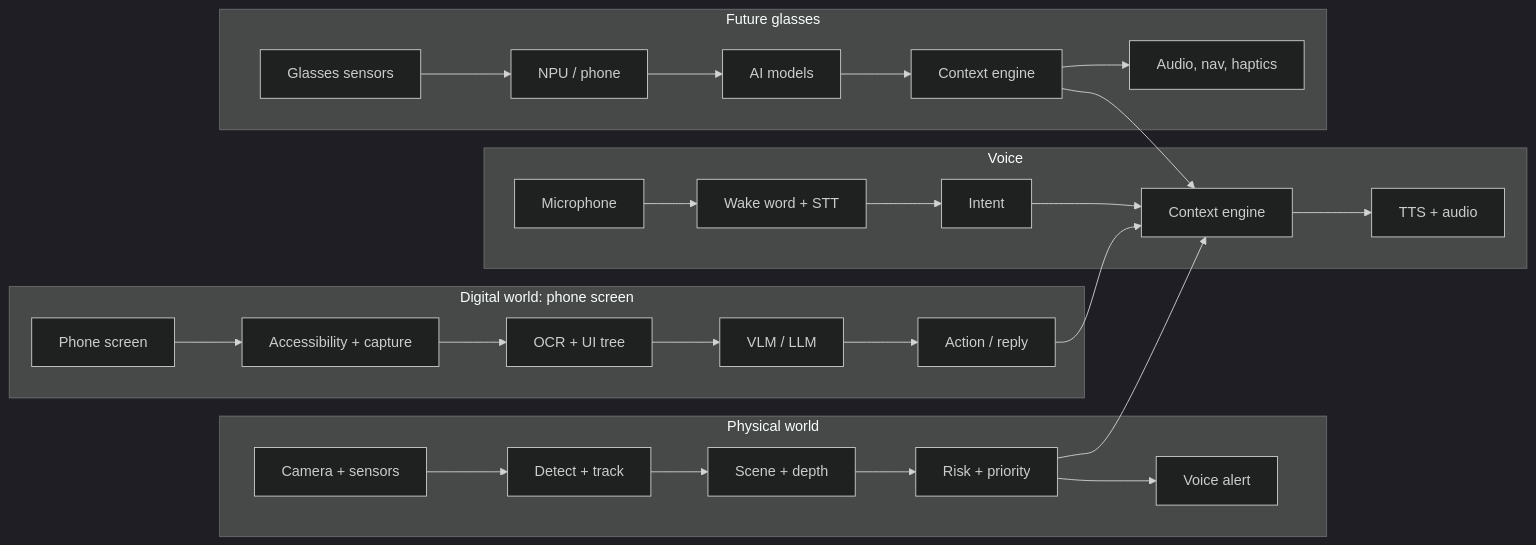
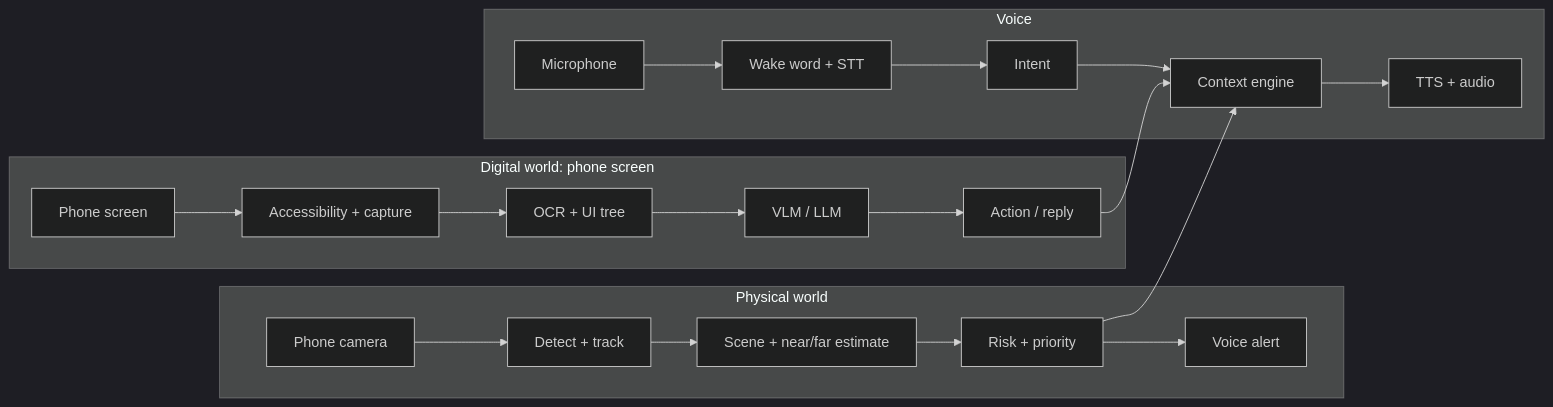
Before and after one commit to b0o0da/AI-Powered-Smart-Glasses: the diagram in README.md, drawn with Mermaid (dark theme). The commit also changed other lines of this file and 1 other file, not shown here.

Commit message:
Updata Phone Task

````diff
--- a/README.md
+++ b/README.md
@@ -76,30 +66,23 @@
 ```mermaid
 flowchart LR
     subgraph Physical[Physical world]
-        A[Camera + sensors] --> B[Detect + track]
-        B --> C[Scene + depth]
+        A[Phone camera] --> B[Detect + track]
+        B --> C[Scene + near/far estimate]
         C --> D[Risk + priority]
         D --> E[Voice alert]
     end
     subgraph Digital[Digital world: phone screen]
         F[Phone screen] --> G[Accessibility + capture]
         G --> H[OCR + UI tree]
         H --> I[VLM / LLM]
         I --> J[Action / reply]
     end
     subgraph Voice
         K[Microphone] --> L[Wake word + STT]
         L --> M[Intent]
         M --> N[Context engine]
         N --> O[TTS + audio]
     end
-    subgraph Glasses[Future glasses]
-        P[Glasses sensors] --> Q[NPU / phone]
-        Q --> R[AI models]
-        R --> S[Context engine]
-        S --> T[Audio, nav, haptics]
-    end
     D --> N
     J --> N
-    S --> N
 ```
````
